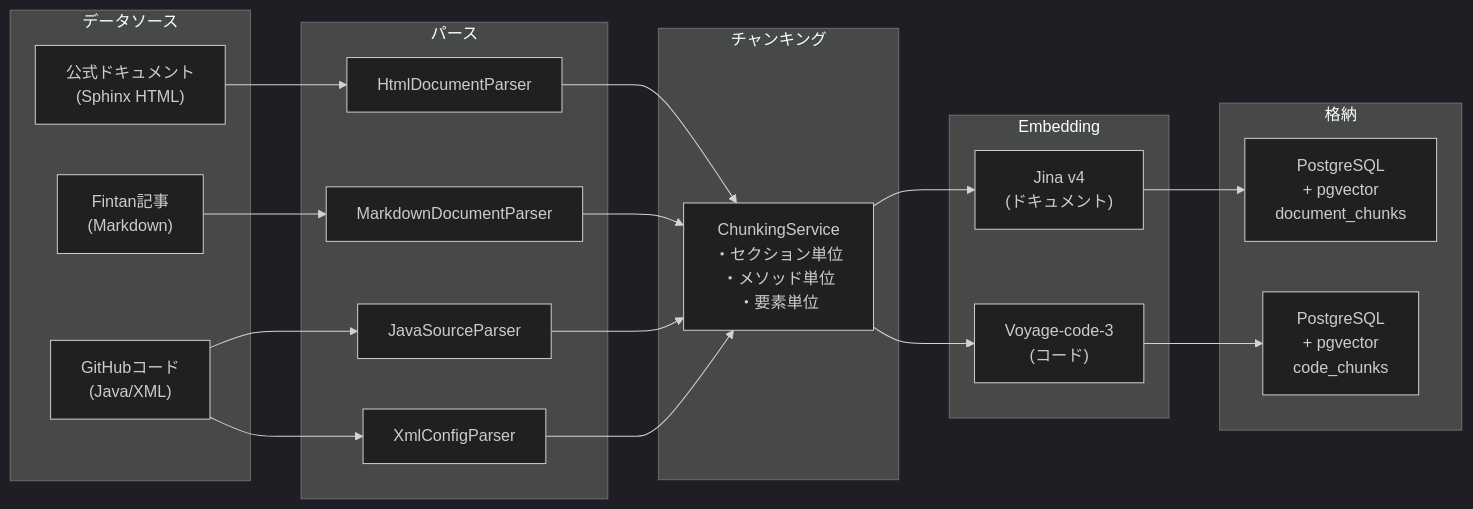
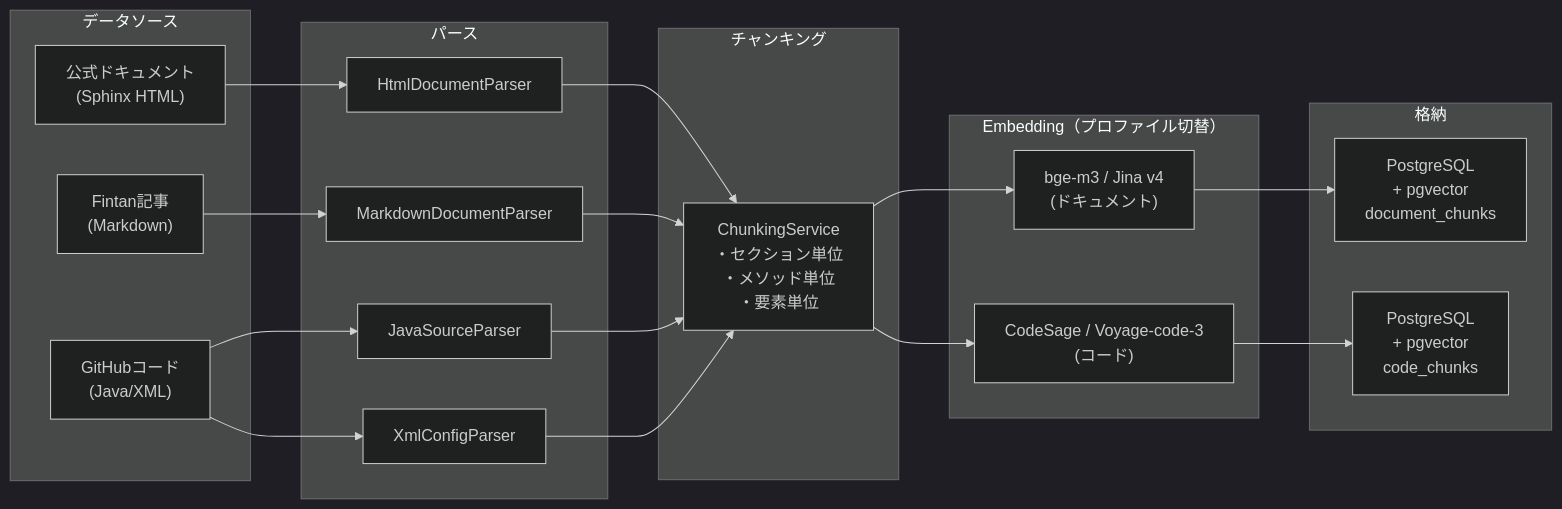
One commit to kumagoro1202/nablarch-mcp-server changed the second of 5 diagrams in docs/articles/07-rag-pipeline-deep-dive.md. Above: the diagram before and after it, drawn with Mermaid (dark theme). The commit also changed other lines of this file and 9 other files, not shown here.

````diff
--- a/docs/articles/07-rag-pipeline-deep-dive.md
+++ b/docs/articles/07-rag-pipeline-deep-dive.md
@@ -124,42 +122,42 @@
 ```mermaid
 flowchart LR
     subgraph Sources["データソース"]
         S1["公式ドキュメント<br/>(Sphinx HTML)"]
         S2["Fintan記事<br/>(Markdown)"]
         S3["GitHubコード<br/>(Java/XML)"]
     end
 
     subgraph Parse["パース"]
         P1["HtmlDocumentParser"]
         P2["MarkdownDocumentParser"]
         P3["JavaSourceParser"]
         P4["XmlConfigParser"]
     end
 
     subgraph Chunk["チャンキング"]
         C1["ChunkingService<br/>・セクション単位<br/>・メソッド単位<br/>・要素単位"]
     end
 
-    subgraph Embed["Embedding"]
-        E1["Jina v4<br/>(ドキュメント)"]
-        E2["Voyage-code-3<br/>(コード)"]
+    subgraph Embed["Embedding（プロファイル切替）"]
+        E1["bge-m3 / Jina v4<br/>(ドキュメント)"]
+        E2["CodeSage / Voyage-code-3<br/>(コード)"]
     end
 
     subgraph Store["格納"]
         DB1["PostgreSQL<br/>+ pgvector<br/>document_chunks"]
         DB2["PostgreSQL<br/>+ pgvector<br/>code_chunks"]
     end
 
     S1 --> P1
     S2 --> P2
     S3 --> P3
     S3 --> P4
     P1 --> C1
     P2 --> C1
     P3 --> C1
     P4 --> C1
     C1 --> E1
     C1 --> E2
     E1 --> DB1
     E2 --> DB2
 ```
````
